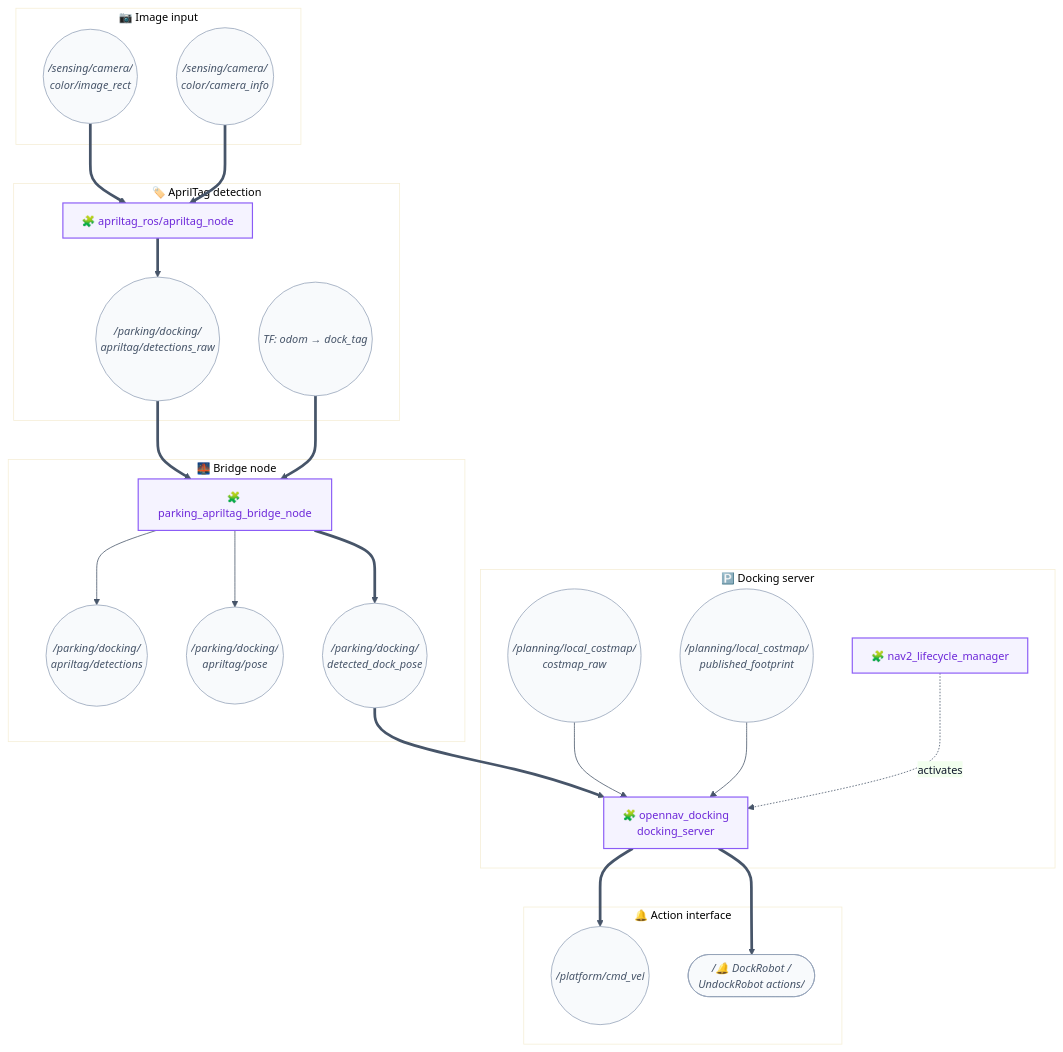
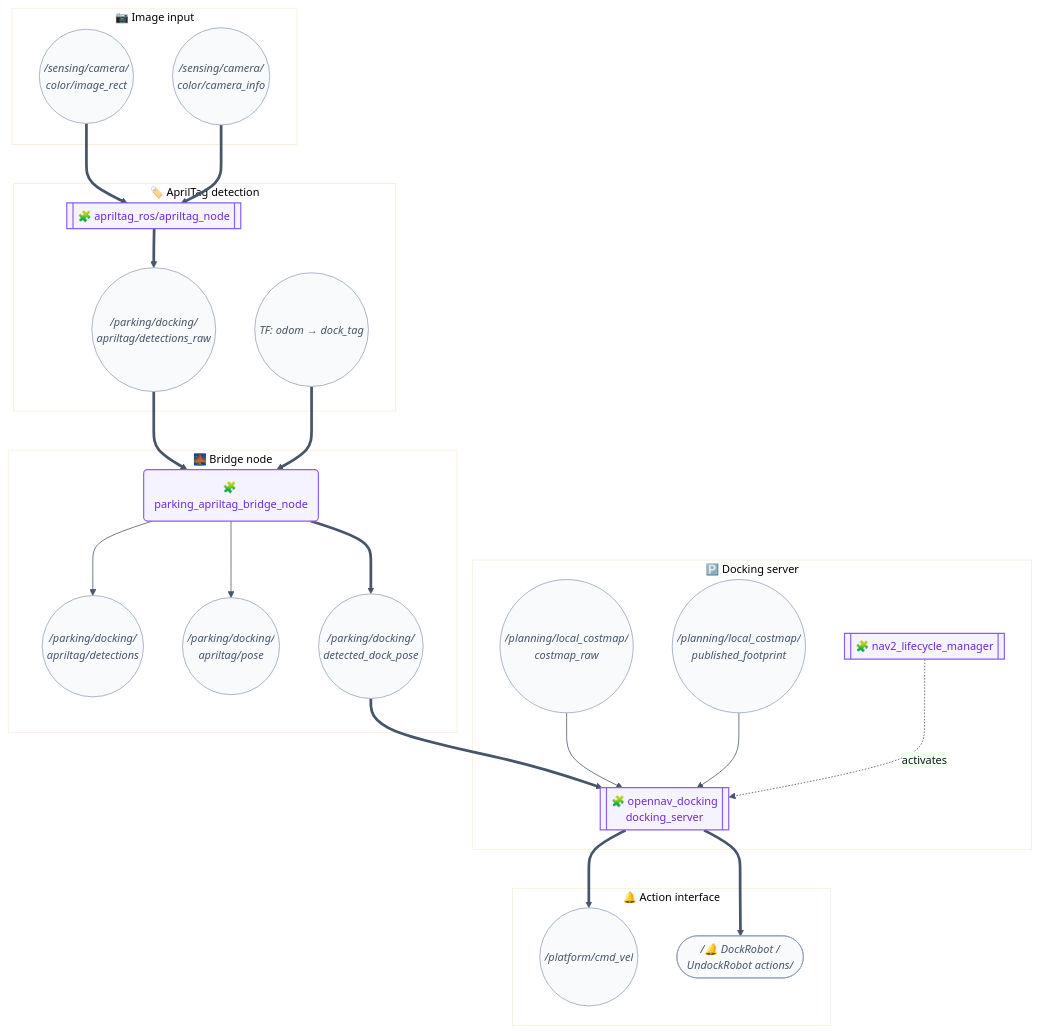
Before and after one commit to hwanhonglee/CAMROD: the second of 4 diagrams in camrod_parking/README.md, drawn with Mermaid. The commit also changed other lines of this file and 12 other files, not shown here.

First line of the commit message:
docs(v4): unified Mermaid shape convention + runtime data flow diagram

````diff
--- a/camrod_parking/README.md
+++ b/camrod_parking/README.md
@@ -70,58 +70,58 @@
 ```mermaid
 %%{init: {'theme': 'base', 'themeVariables': {'fontFamily': 'ui-sans-serif, system-ui, sans-serif', 'fontSize': '14px', 'primaryColor': '#EEF2FF', 'primaryTextColor': '#0F172A', 'primaryBorderColor': '#6366F1', 'lineColor': '#475569'}, 'flowchart': {'curve': 'basis', 'htmlLabels': true, 'padding': 12}}}%%
 graph TD
   subgraph IMG_GRP["📷 Image input"]
     IMG(("/sensing/camera/\ncolor/image_rect"))
     CAMINFO(("/sensing/camera/\ncolor/camera_info"))
   end
 
   subgraph TAG_GRP["🏷️ AprilTag detection"]
-    TAG[🧩 apriltag_ros/apriltag_node]
+    TAG[[🧩 apriltag_ros/apriltag_node]]
     RAW(("/parking/docking/\napriltag/detections_raw"))
     TF(("TF: odom → dock_tag"))
   end
 
   subgraph BRIDGE_GRP["🌉 Bridge node"]
-    BRIDGE[🧩 parking_apriltag_bridge_node]
+    BRIDGE(🧩 parking_apriltag_bridge_node)
     DET(("/parking/docking/\napriltag/detections"))
     AVGPOSE(("/parking/docking/\napriltag/pose"))
     DOCKPOSE(("/parking/docking/\ndetected_dock_pose"))
   end
 
   subgraph SVR_GRP["🅿️ Docking server"]
-    DOCKSVR[🧩 opennav_docking\ndocking_server]
+    DOCKSVR[[🧩 opennav_docking\ndocking_server]]
     COSTMAP(("/planning/local_costmap/\ncostmap_raw"))
     FOOTPRINT(("/planning/local_costmap/\npublished_footprint"))
-    LMAN[🧩 nav2_lifecycle_manager]
+    LMAN[[🧩 nav2_lifecycle_manager]]
   end
 
   subgraph ACT_GRP["🔔 Action interface"]
     CMDVEL(("/platform/cmd_vel"))
     ACT(["/🔔 DockRobot /\nUndockRobot actions/"])
   end
 
   IMG ==> TAG
   CAMINFO ==> TAG
   TAG ==> RAW
   RAW ==> BRIDGE
   TF ==> BRIDGE
   BRIDGE --> DET
   BRIDGE --> AVGPOSE
   BRIDGE ==> DOCKPOSE
   DOCKPOSE ==> DOCKSVR
   COSTMAP --> DOCKSVR
   FOOTPRINT --> DOCKSVR
   LMAN -.->|activates| DOCKSVR
   DOCKSVR ==> CMDVEL
   DOCKSVR ==> ACT
 
   classDef sensing      fill:#ECFEFF,stroke:#06B6D4,stroke-width:1.5px,color:#0E7490;
   classDef parking      fill:#F5F3FF,stroke:#8B5CF6,stroke-width:1.5px,color:#6D28D9;
   classDef planning     fill:#EEF2FF,stroke:#6366F1,stroke-width:1.5px,color:#4338CA;
   classDef platform     fill:#FEE2E2,stroke:#EF4444,stroke-width:1.5px,color:#B91C1C;
   classDef topic        fill:#F8FAFC,stroke:#94A3B8,stroke-width:1px,color:#475569,font-style:italic;
   classDef highlight    fill:#FEF9C3,stroke:#CA8A04,stroke-width:2.5px,color:#713F12;
 
   class TAG,BRIDGE,DOCKSVR,LMAN parking
   class IMG,CAMINFO,RAW,TF,DET,AVGPOSE,DOCKPOSE,COSTMAP,FOOTPRINT,CMDVEL,ACT topic
 ```
````
